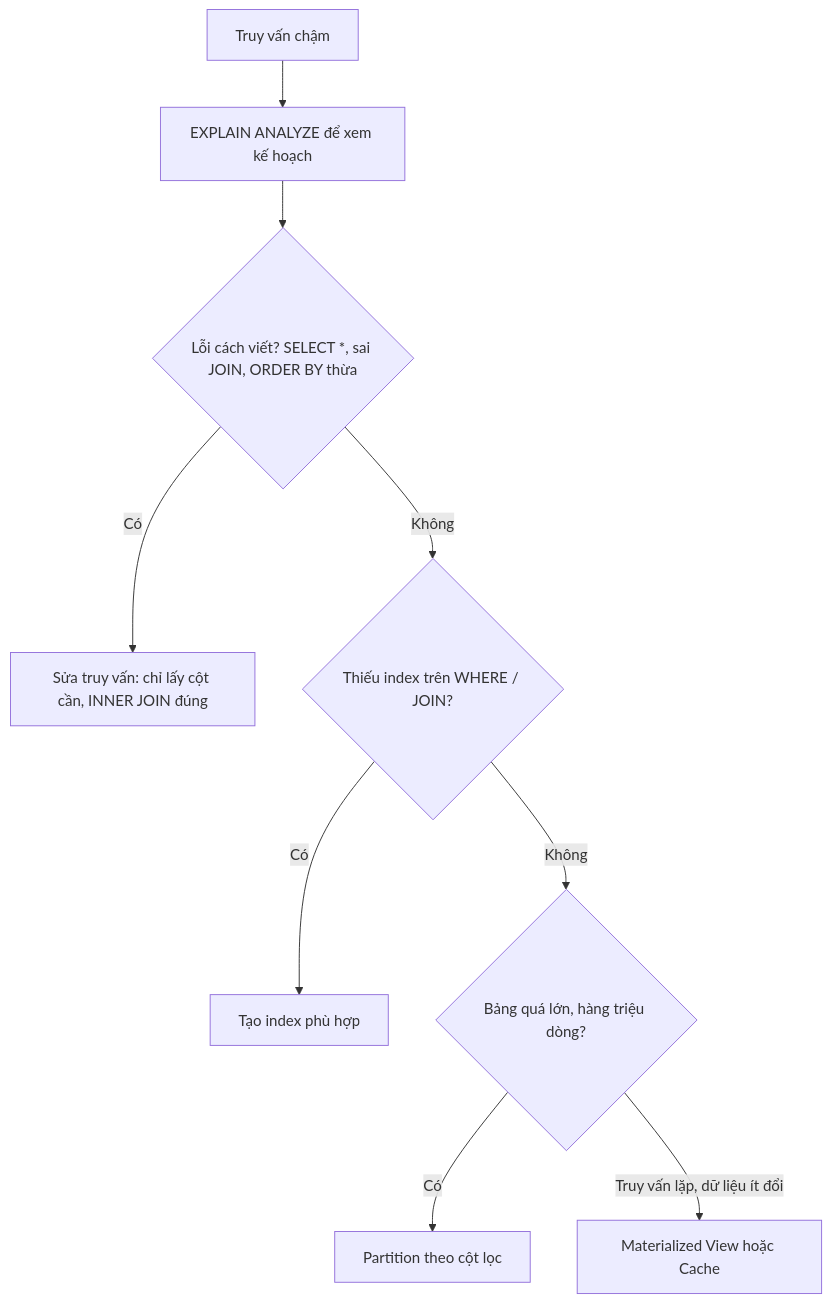
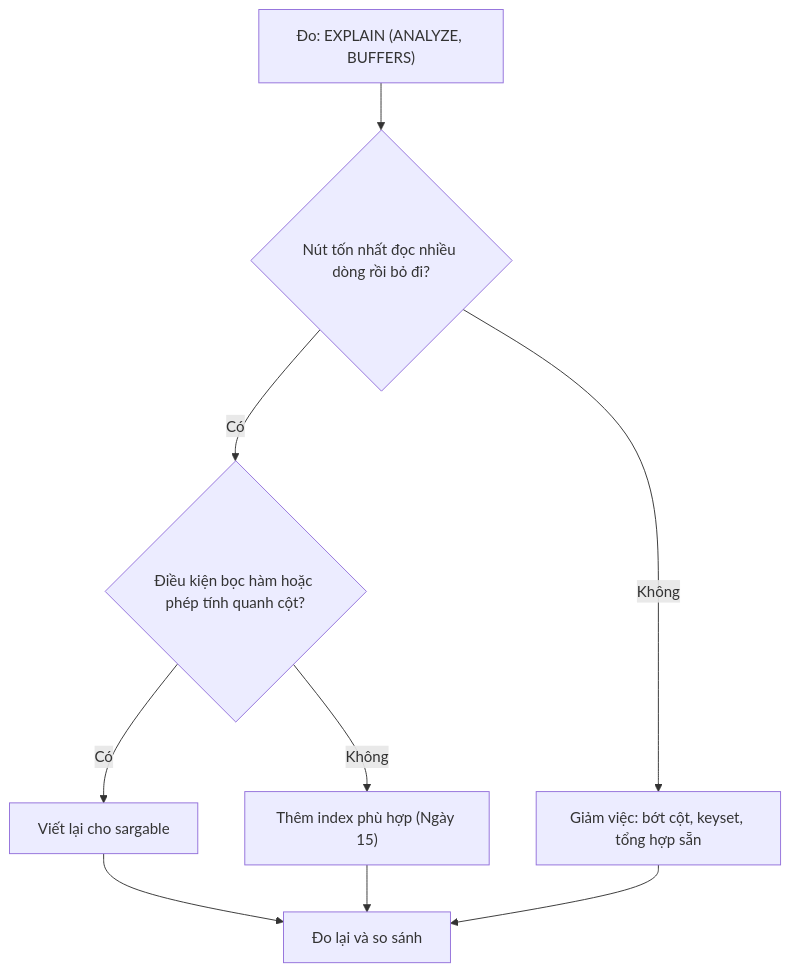
One commit to TienNHM/sql-challenge changed the diagram in lessons/28-sql-query-optimization.md. Above: the diagram before and after it, drawn with Mermaid. The commit also changed other lines of this file and 137 other files, not shown here.

````diff
--- a/lessons/28-sql-query-optimization.md
+++ b/lessons/28-sql-query-optimization.md
@@ -11,11 +19,11 @@
 ```mermaid
 flowchart TD
-    A["Truy vấn chậm"] --> B["EXPLAIN ANALYZE để xem kế hoạch"]
-    B --> C{"Lỗi cách viết? SELECT *, sai JOIN, ORDER BY thừa"}
-    C -->|"Có"| C1["Sửa truy vấn: chỉ lấy cột cần, INNER JOIN đúng"]
-    C -->|"Không"| D{"Thiếu index trên WHERE / JOIN?"}
-    D -->|"Có"| D1["Tạo index phù hợp"]
-    D -->|"Không"| E{"Bảng quá lớn, hàng triệu dòng?"}
-    E -->|"Có"| E1["Partition theo cột lọc"]
-    E -->|"Truy vấn lặp, dữ liệu ít đổi"| F1["Materialized View hoặc Cache"]
+    A["Đo: EXPLAIN (ANALYZE, BUFFERS)"] --> B{"Nút tốn nhất đọc nhiều dòng rồi bỏ đi?"}
+    B -->|"Có"| C{"Điều kiện bọc hàm hoặc phép tính quanh cột?"}
+    C -->|"Có"| D["Viết lại cho sargable"]
+    C -->|"Không"| E["Thêm index phù hợp (Ngày 15)"]
+    B -->|"Không"| F["Giảm việc: bớt cột, keyset, tổng hợp sẵn"]
+    D --> G["Đo lại và so sánh"]
+    E --> G
+    F --> G
 ```
````
